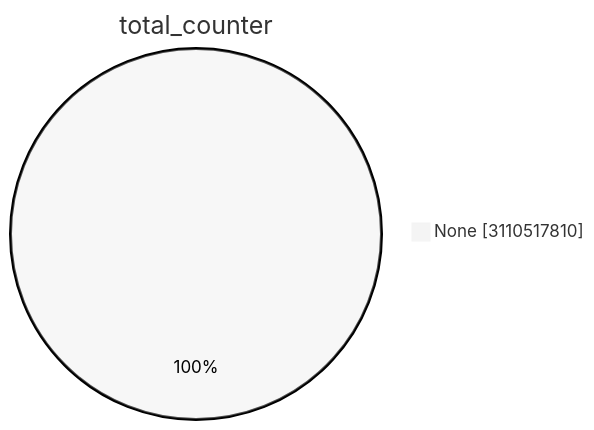
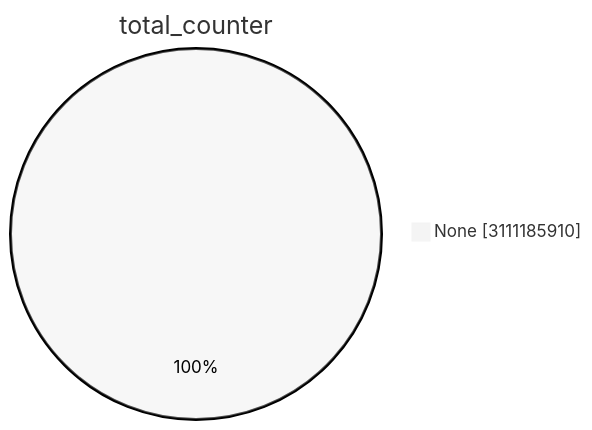
The first of 15 diagrams in TOTAL/README.md (christiankrug/ctmonitor_visualization), drawn with Mermaid (neutral theme) before and after one commit. The commit also changed other lines of this file, not shown here.

````diff
--- a/TOTAL/README.md
+++ b/TOTAL/README.md
@@ -1,5 +1,5 @@
 ```mermaid
 pie showData
 title total_counter
-"None" :3110517810
+"None" :3111185910
 ```
````
